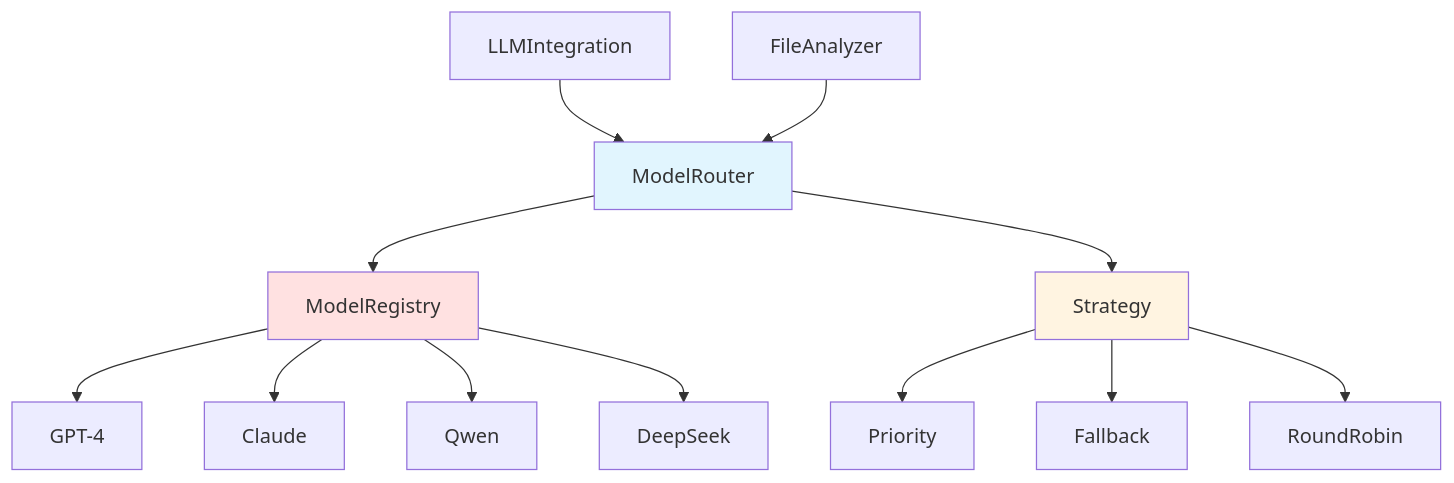
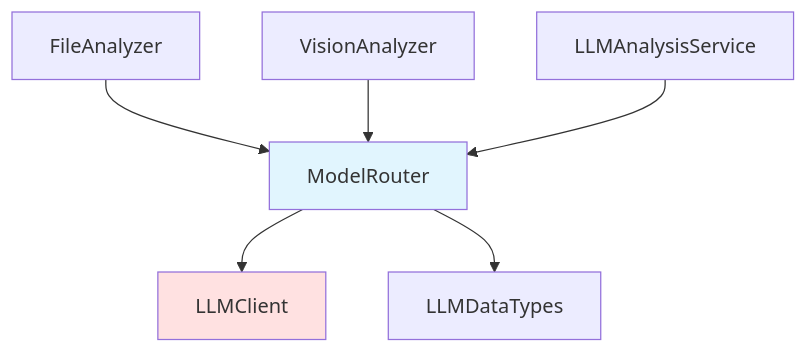
The diagram in docs/modules/cpp/integration/ModelRouter.md (ymj68520/TraceLens), drawn with Mermaid before and after one commit. The commit also changed other lines of this file and 38 other files, not shown here.

````diff
--- a/docs/modules/cpp/integration/ModelRouter.md
+++ b/docs/modules/cpp/integration/ModelRouter.md
@@ -188,21 +158,11 @@
 ```mermaid
 graph TD
-    A[ModelRouter] --> B[ModelRegistry]
-    A --> C[Strategy]
-
-    B --> D[GPT-4]
-    B --> E[Claude]
-    B --> F[Qwen]
-    B --> G[DeepSeek]
-
-    C --> H[Priority]
-    C --> I[Fallback]
-    C --> J[RoundRobin]
-
-    K[LLMIntegration] --> A
-    L[FileAnalyzer] --> A
+    A[ModelRouter] --> B[LLMClient]
+    A --> C[LLMDataTypes]
+    D[FileAnalyzer] --> A
+    E[VisionAnalyzer] --> A
+    F[LLMAnalysisService] --> A
 
     style A fill:#e1f5fe
     style B fill:#ffe1e1
-    style C fill:#fff4e1
 ```
````
